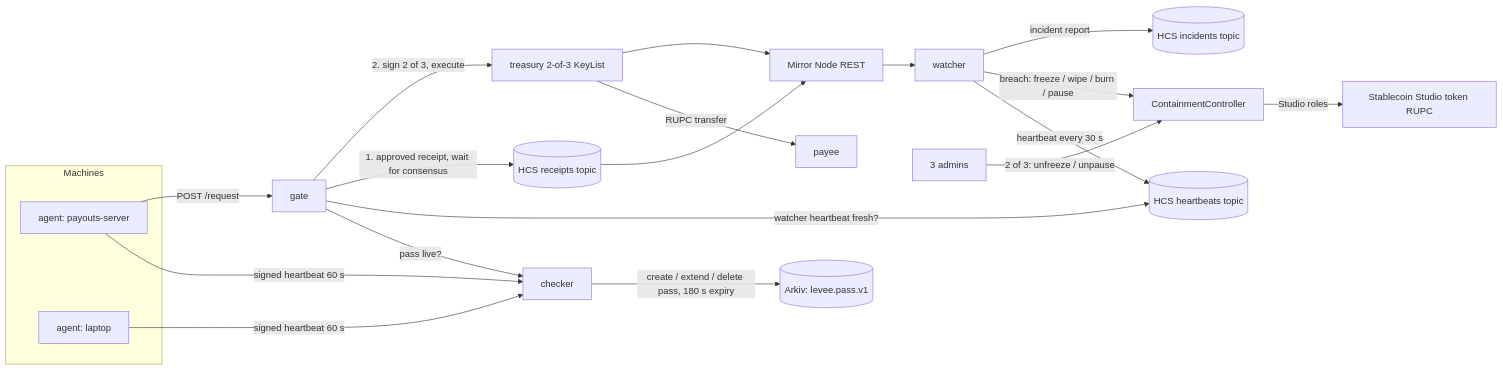
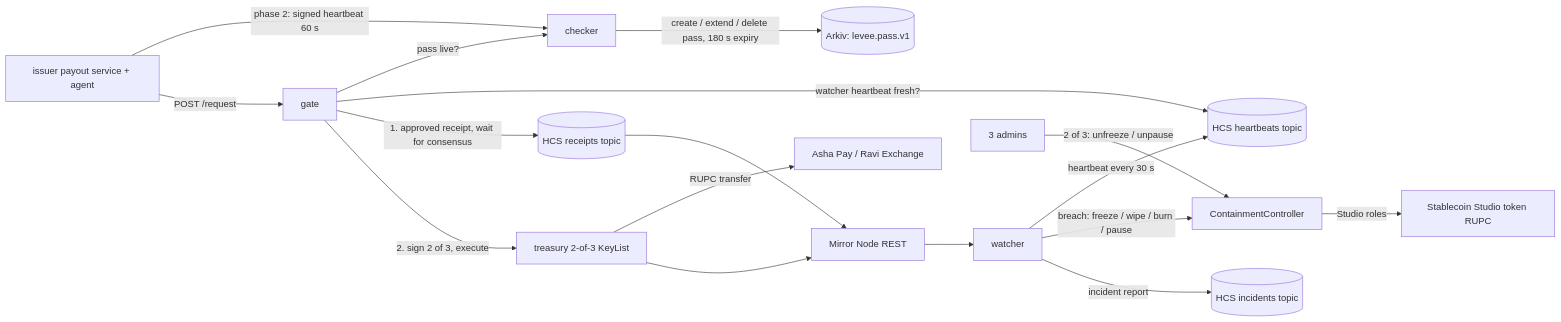
The second of 2 diagrams in README.md (0xvikram/levee), drawn with Mermaid before and after one commit. The commit also changed other lines of this file and 3 other files, not shown here.

````diff
--- a/README.md
+++ b/README.md
@@ -82,26 +94,21 @@
 ```mermaid
 flowchart LR
-  subgraph Machines
-    A1[agent: payouts-server]
-    A2[agent: laptop]
-  end
-  A1 -- signed heartbeat 60 s --> C[checker]
-  A2 -- signed heartbeat 60 s --> C
+  A1[issuer payout service + agent] -- phase 2: signed heartbeat 60 s --> C[checker]
   C -- create / extend / delete pass, 180 s expiry --> ARK[(Arkiv: levee.pass.v1)]
 
   A1 -- POST /request --> G[gate]
   G -- pass live? --> C
   G -- watcher heartbeat fresh? --> HB[(HCS heartbeats topic)]
   G -- 1. approved receipt, wait for consensus --> RT[(HCS receipts topic)]
   G -- 2. sign 2 of 3, execute --> T[treasury 2-of-3 KeyList]
-  T -- RUPC transfer --> P[payee]
+  T -- RUPC transfer --> P[Asha Pay / Ravi Exchange]
 
   MN[Mirror Node REST] --> W[watcher]
   RT --> MN
   T --> MN
   W -- heartbeat every 30 s --> HB
   W -- breach: freeze / wipe / burn / pause --> CC[ContainmentController]
   CC -- Studio roles --> TOK[Stablecoin Studio token RUPC]
   W -- incident report --> IT[(HCS incidents topic)]
   AD[3 admins] -- 2 of 3: unfreeze / unpause --> CC
 ```
````
